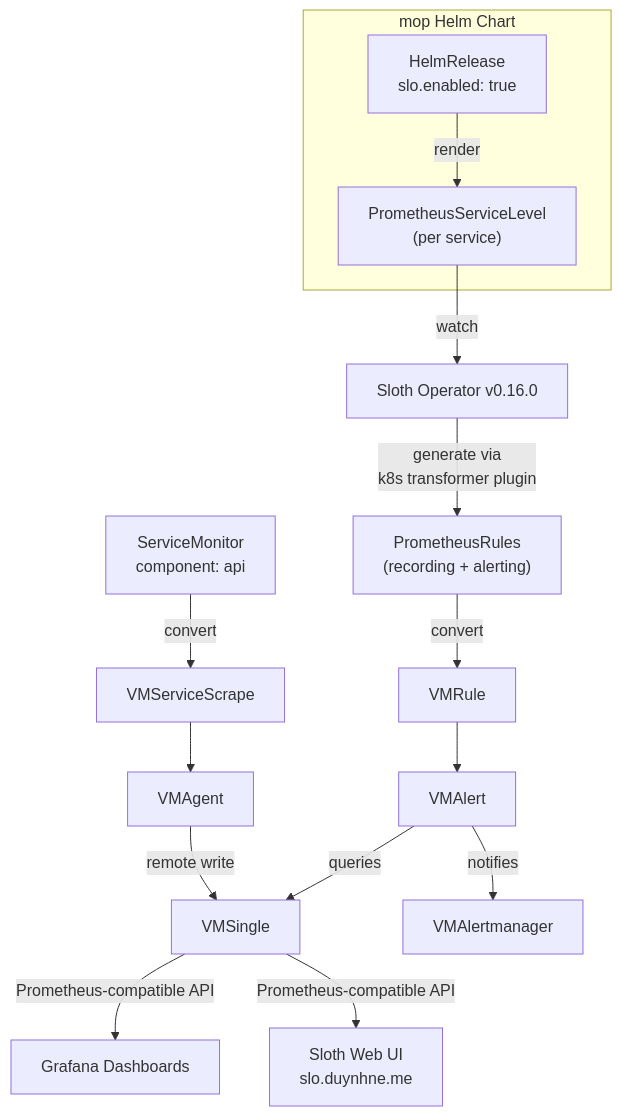
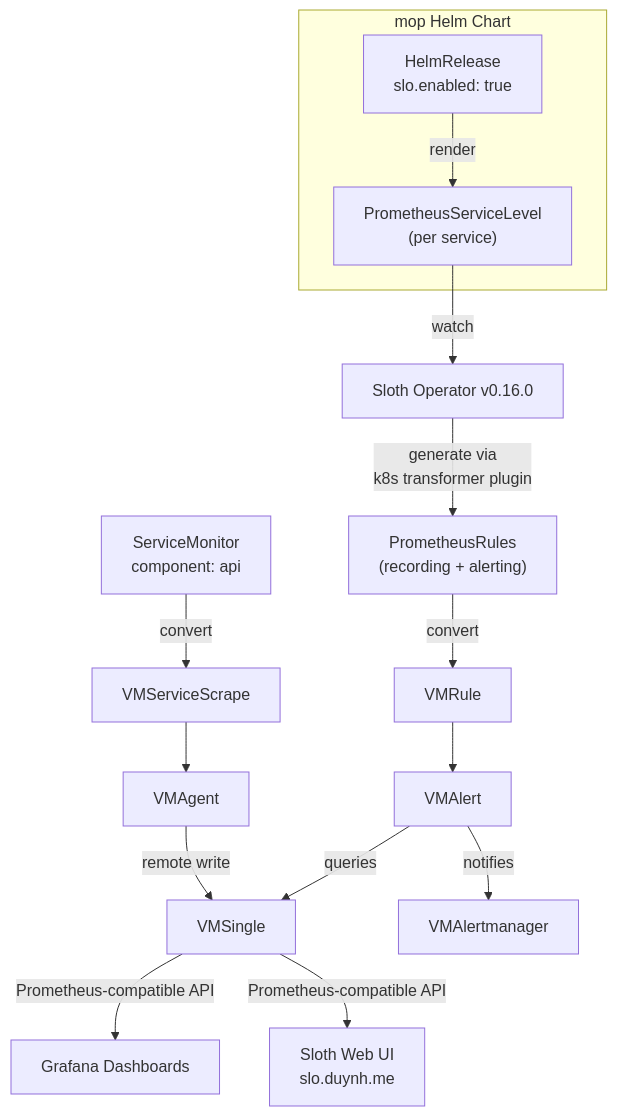
The diagram in docs/observability/slo/README.md (duynhlab/homelab), drawn with Mermaid before and after one commit. The commit also changed other lines of this file and 27 other files, not shown here.

````diff
--- a/docs/observability/slo/README.md
+++ b/docs/observability/slo/README.md
@@ -21,19 +21,19 @@
 ```mermaid
 flowchart TD
     subgraph helmChart ["mop Helm Chart"]
         HR["HelmRelease<br/>slo.enabled: true"] -->|render| PSL["PrometheusServiceLevel<br/>(per service)"]
     end
 
     PSL -->|watch| Sloth["Sloth Operator v0.16.0"]
     Sloth -->|generate via<br/>k8s transformer plugin| PR["PrometheusRules<br/>(recording + alerting)"]
     PR -->|convert| VMR["VMRule"]
     VMR --> VMA["VMAlert"]
     VMA -->|queries| VMS["VMSingle"]
     VMA -->|notifies| VMAM["VMAlertmanager"]
     VMS -->|Prometheus-compatible API| Grafana["Grafana Dashboards"]
-    VMS -->|Prometheus-compatible API| SlothUI["Sloth Web UI<br/>slo.duynhne.me"]
+    VMS -->|Prometheus-compatible API| SlothUI["Sloth Web UI<br/>slo.duynh.me"]
 
     SM["ServiceMonitor<br/>component: api"] -->|convert| VMSS["VMServiceScrape"]
     VMSS --> VMAgent["VMAgent"]
     VMAgent -->|remote write| VMS
 ```
````
